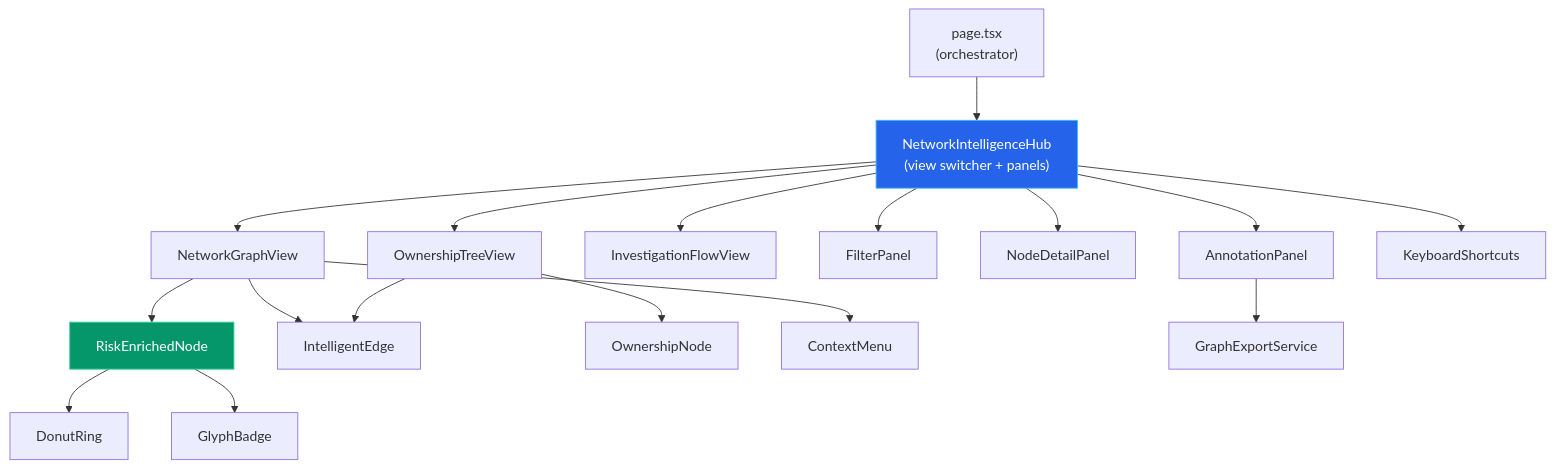
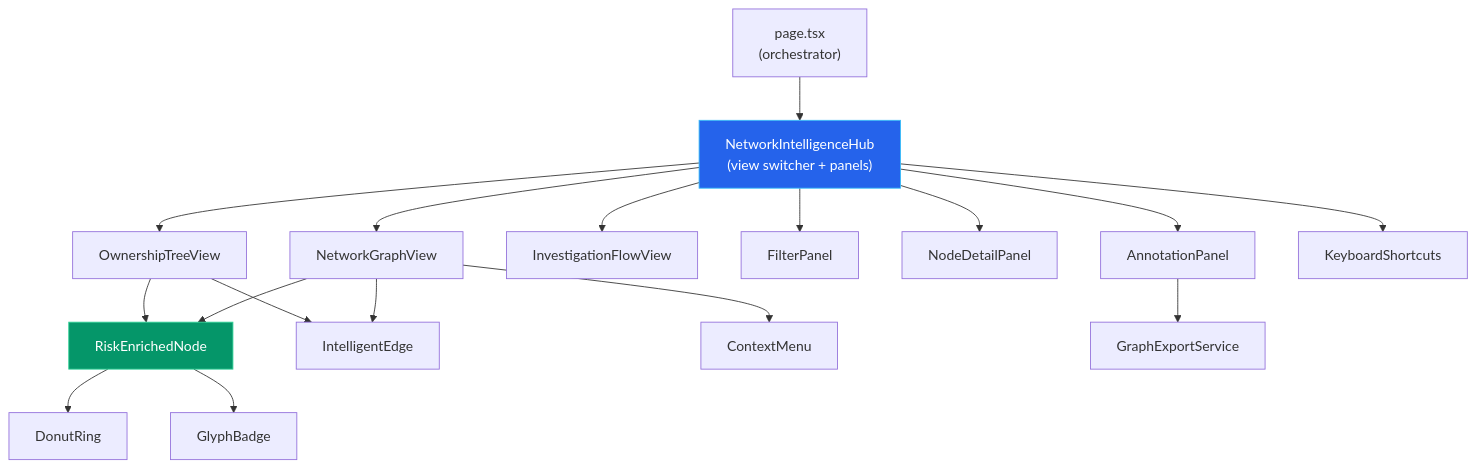
Before and after one commit to Tsunami-max/trust-relay-docs: the first of 2 diagrams in docs/architecture/network-intelligence-hub.md, drawn with Mermaid. The commit also changed other lines of this file and 177 other files, not shown here.

````diff
--- a/docs/architecture/network-intelligence-hub.md
+++ b/docs/architecture/network-intelligence-hub.md
@@ -102,27 +107,27 @@
 ```mermaid
 flowchart TD
     Page["page.tsx\n(orchestrator)"] --> Hub["NetworkIntelligenceHub\n(view switcher + panels)"]
 
     Hub --> NGV["NetworkGraphView"]
     Hub --> OTV["OwnershipTreeView"]
     Hub --> IFV["InvestigationFlowView"]
 
     Hub --> FP["FilterPanel"]
     Hub --> NDP["NodeDetailPanel"]
     Hub --> AP["AnnotationPanel"]
 
     NGV --> REN["RiskEnrichedNode"]
     NGV --> IE["IntelligentEdge"]
-    OTV --> ON["OwnershipNode"]
+    OTV --> REN
     OTV --> IE
 
     REN --> DR["DonutRing"]
     REN --> GB["GlyphBadge"]
 
     NGV --> CM["ContextMenu"]
     Hub --> KS["KeyboardShortcuts"]
     AP --> GES["GraphExportService"]
 
     style Hub fill:#2563eb,stroke:#38bdf8,color:#fff
     style REN fill:#059669,stroke:#34d399,color:#fff
 ```
````
